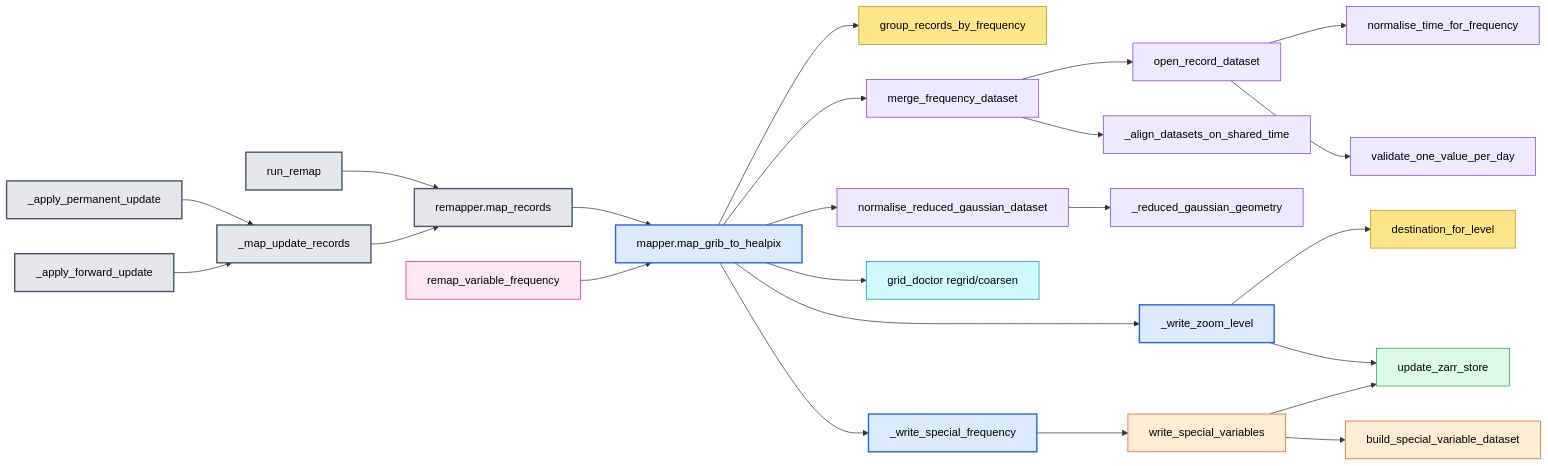
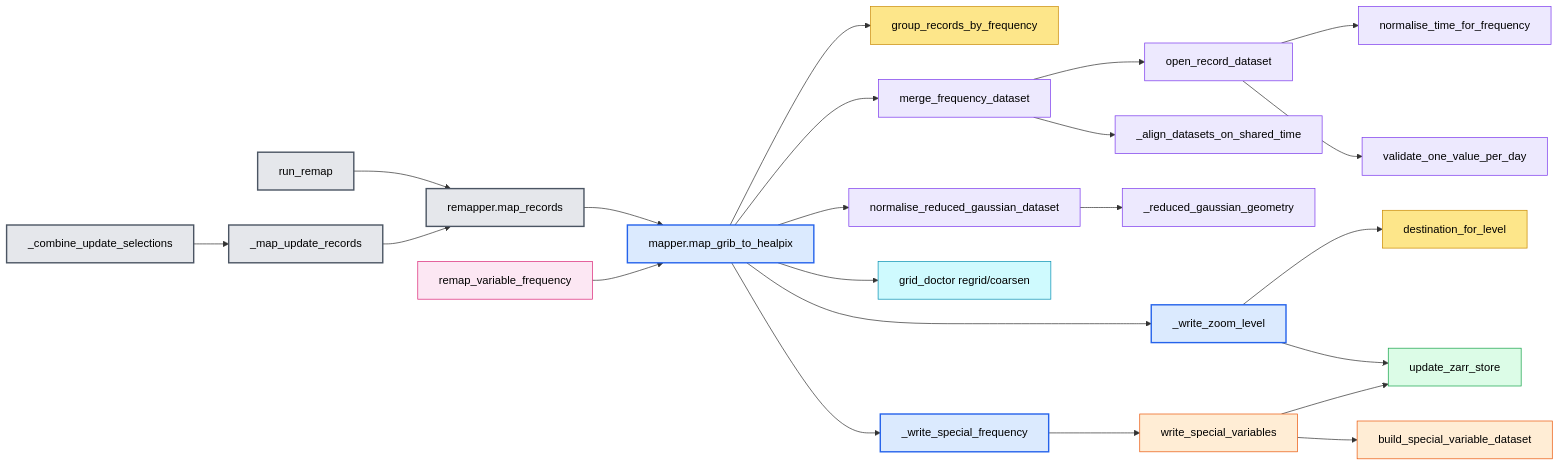
The third of 11 diagrams in scripts/era5land/FUNCTION_CALL_GRAPH.md (freva-org/grid-doctor), drawn with Mermaid before and after one commit. The commit also changed other lines of this file and 7 other files, not shown here.

````diff
--- a/scripts/era5land/FUNCTION_CALL_GRAPH.md
+++ b/scripts/era5land/FUNCTION_CALL_GRAPH.md
@@ -117,39 +118,38 @@
 ```mermaid
 flowchart LR
     MAP[remapper.map_records]:::remapper --> HEALPIX[mapper.map_grib_to_healpix]:::mapper
     HEALPIX --> GROUP[group_records_by_frequency]:::formatter
     HEALPIX --> MERGE_DATA[merge_frequency_dataset]:::datasets
     MERGE_DATA --> OPEN[open_record_dataset]:::datasets
     OPEN --> NORMALISE_TIME[normalise_time_for_frequency]:::datasets
     OPEN --> VALIDATE[validate_one_value_per_day]:::datasets
     MERGE_DATA --> ALIGN[_align_datasets_on_shared_time]:::datasets
 
     HEALPIX --> GAUSSIAN[normalise_reduced_gaussian_dataset]:::datasets
     GAUSSIAN --> GEOMETRY[_reduced_gaussian_geometry]:::datasets
     HEALPIX --> GRID[grid_doctor regrid/coarsen]:::grid_doctor
     HEALPIX --> ZOOM[_write_zoom_level]:::mapper
     ZOOM --> DEST[destination_for_level]:::formatter
     ZOOM --> PUBLISH[update_zarr_store]:::zarr_publisher
 
     HEALPIX --> SPECIAL[_write_special_frequency]:::mapper
     SPECIAL --> WRITE_SPECIAL[write_special_variables]:::special
     WRITE_SPECIAL --> SPECIAL_DATA[build_special_variable_dataset]:::special
     WRITE_SPECIAL --> PUBLISH
 
     REMAP[run_remap]:::remapper --> MAP
-    PERMANENT[_apply_permanent_update]:::remapper --> UPDATE_MAP[_map_update_records]:::remapper
-    FORWARD[_apply_forward_update]:::remapper --> UPDATE_MAP
+    COMBINED[_combine_update_selections]:::remapper --> UPDATE_MAP[_map_update_records]:::remapper
     UPDATE_MAP --> MAP
     WORKER[remap_variable_frequency]:::reflow_cli --> HEALPIX
 
     classDef remapper fill:#e5e7eb,stroke:#4b5563,color:#000000,stroke-width:2px
     classDef formatter fill:#fde68a,stroke:#ca8a04,color:#000000
     classDef datasets fill:#ede9fe,stroke:#7c3aed,color:#000000
     classDef grid_doctor fill:#cffafe,stroke:#0891b2,color:#000000
     classDef mapper fill:#dbeafe,stroke:#2563eb,color:#000000,stroke-width:2px
     classDef special fill:#ffedd5,stroke:#ea580c,color:#000000
     classDef zarr_publisher fill:#dcfce7,stroke:#16a34a,color:#000000
     classDef reflow_cli fill:#fce7f3,stroke:#db2777,color:#000000
 
 
 ```
````
